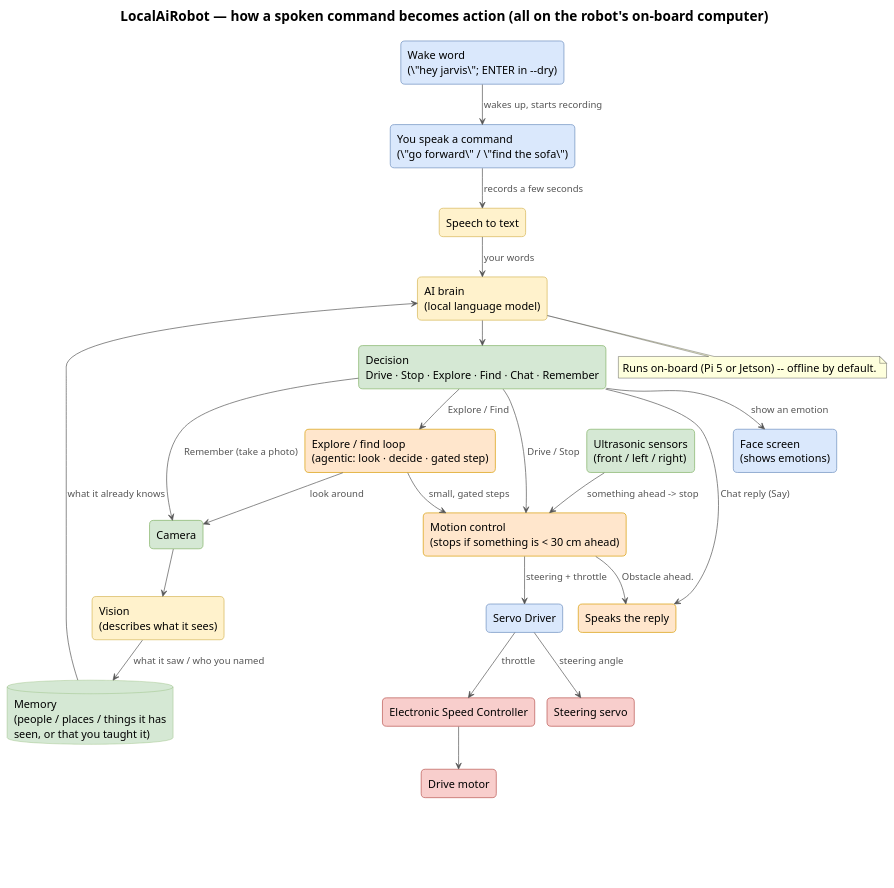
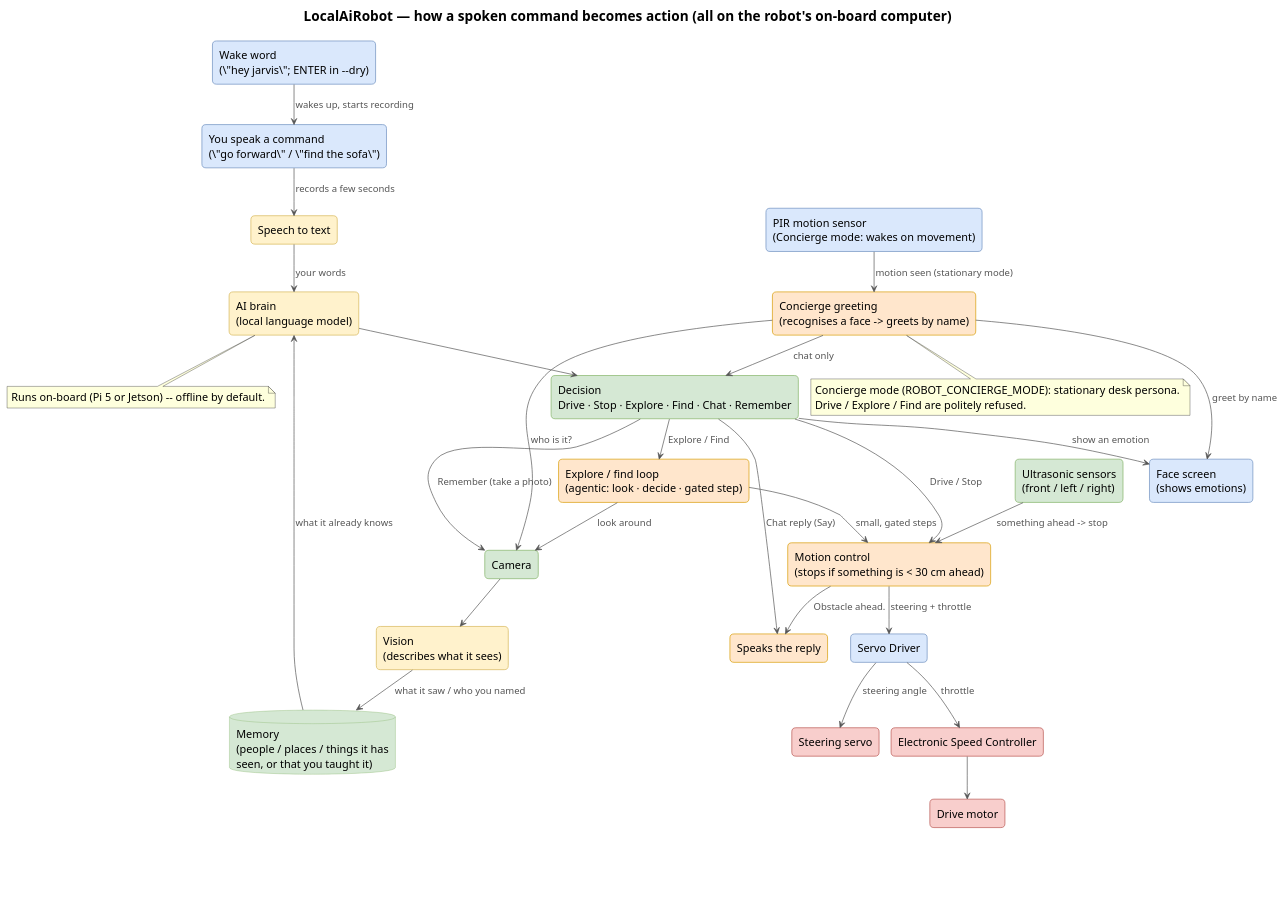
The diagram in docs/images/basic_control_flow.puml (shen747/LocalAiRobot), drawn with PlantUML before and after one commit. The commit also changed 33 other files, not shown here.

```diff
--- a/docs/images/basic_control_flow.puml
+++ b/docs/images/basic_control_flow.puml
@@ -1,107 +1,120 @@
 @startuml basic_control_flow
 ' LocalAiRobot — how a spoken command becomes action (everything runs on the on-board computer: Pi 5 / Jetson).
 ' This source lives next to its render. Regenerate in place (writes basic_control_flow.png here):
 '   plantuml -tpng docs/images/basic_control_flow.puml
 ' No Graphviz needed: !pragma layout smetana uses PlantUML's pure-Java layout engine.
 '
 ' Deliberately plain-English labels (no part numbers / bus jargon). Stages read TOP-TO-BOTTOM and are
 ' grouped by COLOUR, not by boxes: smetana crashes (IllegalStateException in mincross) on nested
 ' "rectangle { }" containers once edges cross between them. Real boxed groups would need Graphviz.
 '   COLOUR KEY:  blue = you / audio in   yellow = the AI   green = data it works with
 '                orange = control logic   red = the motors/wheels
 !pragma layout smetana
 hide stereotype
 title LocalAiRobot — how a spoken command becomes action (all on the robot's on-board computer)
 
 skinparam backgroundColor white
 skinparam shadowing false
 skinparam defaultFontName Helvetica
 skinparam defaultFontSize 16
 skinparam TitleFontSize 20
 skinparam ArrowColor #555555
 skinparam ArrowFontColor #555555
 skinparam ArrowFontSize 14
 skinparam databaseBackgroundColor #D5E8D4
 skinparam databaseBorderColor #82B366
 skinparam rectangle {
   RoundCorner 12
   FontSize 16
   BorderThickness 1
   BackgroundColor<<io>> #DAE8FC
   BorderColor<<io>> #6C8EBF
   BackgroundColor<<model>> #FFF2CC
   BorderColor<<model>> #D6B656
   BackgroundColor<<data>> #D5E8D4
   BorderColor<<data>> #82B366
   BackgroundColor<<motor>> #F8CECC
   BorderColor<<motor>> #B85450
   BackgroundColor<<proc>> #FFE6CC
   BorderColor<<proc>> #D79B00
   BackgroundColor<<pad>> #FFFFFF
   BorderColor<<pad>> #FFFFFF
 }
 top to bottom direction
 
 ' ---------- 1. LISTEN (blue): the wake word comes first, THEN you speak ----------
 rectangle "Wake word\n(\"hey jarvis\"; ENTER in --dry)" as wake <<io>>
+rectangle "PIR motion sensor\n(Concierge mode: wakes on movement)" as pir <<io>>
 rectangle "You speak a command\n(\"go forward\" / \"find the sofa\")" as voice <<io>>
 rectangle "Speech to text" as stt <<model>>
 
 ' ---------- 2. THINK (yellow = AI, green = data) ----------
 rectangle "AI brain\n(local language model)" as brain <<model>>
 database "Memory\n(people / places / things it has\nseen, or that you taught it)" as mem
 rectangle "Decision\nDrive · Stop · Explore · Find · Chat · Remember" as decision <<data>>
 
 ' ---------- 3. SEE (green) ----------
 rectangle "Camera" as cam <<data>>
 rectangle "Vision\n(describes what it sees)" as vision <<model>>
 
 ' ---------- 4. ACT (orange = control, red = motors) ----------
 rectangle "Explore / find loop\n(agentic: look · decide · gated step)" as explore <<proc>>
 rectangle "Ultrasonic sensors\n(front / left / right)" as sensors <<data>>
 rectangle "Motion control\n(stops if something is < 30 cm ahead)" as motion <<proc>>
 rectangle "Servo Driver" as servodrv <<io>>
 rectangle "Electronic Speed Controller" as esc <<motor>>
 rectangle "Drive motor" as dmotor <<motor>>
 rectangle "Steering servo" as servo <<motor>>
 
 ' ---------- 5. RESPOND (blue / orange) ----------
 rectangle "Speaks the reply" as tts <<proc>>
 rectangle "Face screen\n(shows emotions)" as face <<io>>
+rectangle "Concierge greeting\n(recognises a face -> greets by name)" as concierge <<proc>>
 
 ' ---------- the main path: wake word -> you talk -> it understands -> it decides ----------
 wake --> voice : wakes up, starts recording
 voice --> stt : records a few seconds
 stt --> brain : your words
 mem --> brain : what it already knows
 brain --> decision
+
+' ---------- Concierge mode: motion (not voice) wakes a STATIONARY persona ----------
+pir --> concierge : motion seen (stationary mode)
+concierge --> cam : who is it?
+concierge --> face : greet by name
+concierge --> decision : chat only
+
+note bottom of concierge
+  Concierge mode (ROBOT_CONCIERGE_MODE): stationary desk persona.
+  Drive / Explore / Find are politely refused.
+end note
 
 ' ---------- what the decision leads to ----------
 decision --> motion : Drive / Stop
 decision --> explore : Explore / Find
 decision --> cam : Remember (take a photo)
 decision --> tts : Chat reply (Say)
 decision --> face : show an emotion
 
 ' ---------- seeing + remembering ----------
 cam --> vision
 vision --> mem : what it saw / who you named
 explore --> cam : look around
 explore --> motion : small, gated steps
 
 ' ---------- driving the wheels ----------
 sensors --> motion : something ahead -> stop
 motion --> tts : "Obstacle ahead."
 motion --> servodrv : steering + throttle
 servodrv --> esc : throttle
 esc --> dmotor
 servodrv --> servo : steering angle
 
 ' blank, invisible box (white-on-white) to leave breathing room below the last box (Drive motor)
 rectangle " \n \n " as pad <<pad>>
 dmotor -[hidden]-> pad
 
 note bottom of brain
   Runs on-board (Pi 5 or Jetson) -- offline by default.
 end note
 @enduml
```
